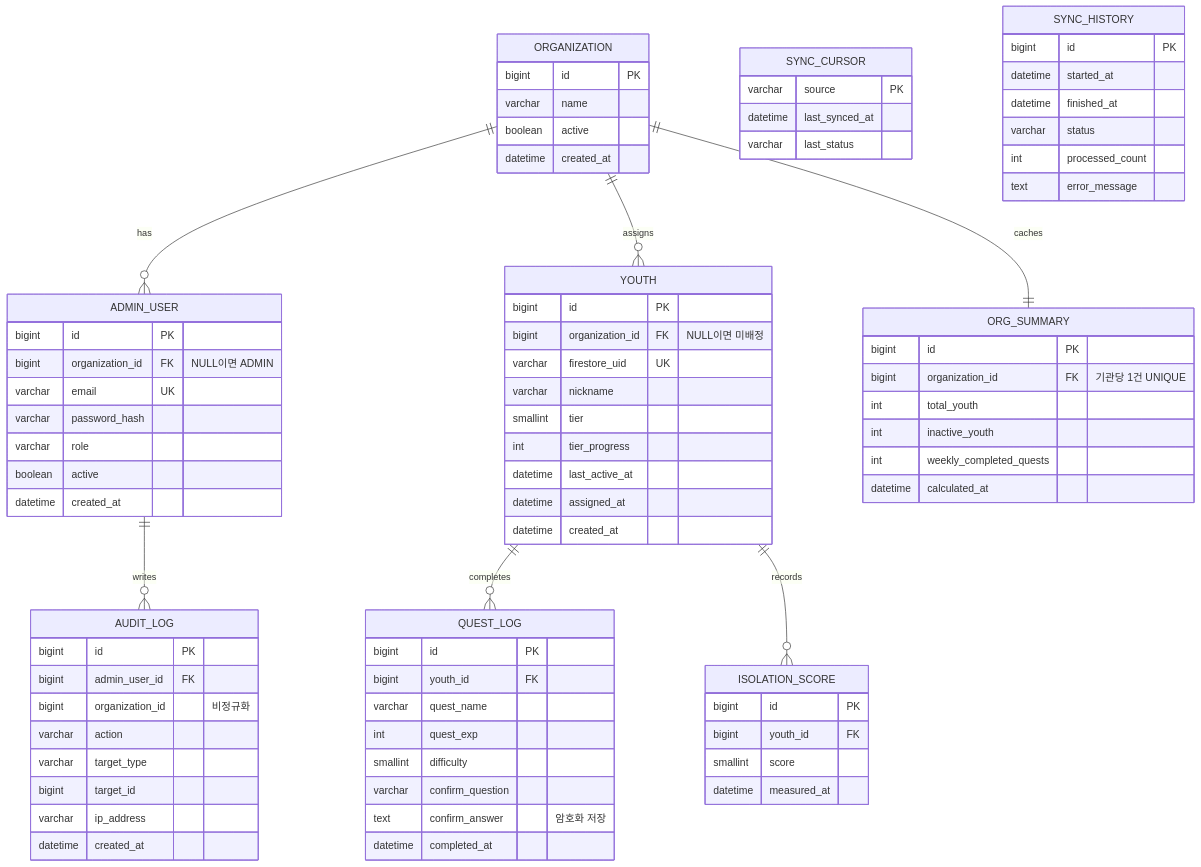
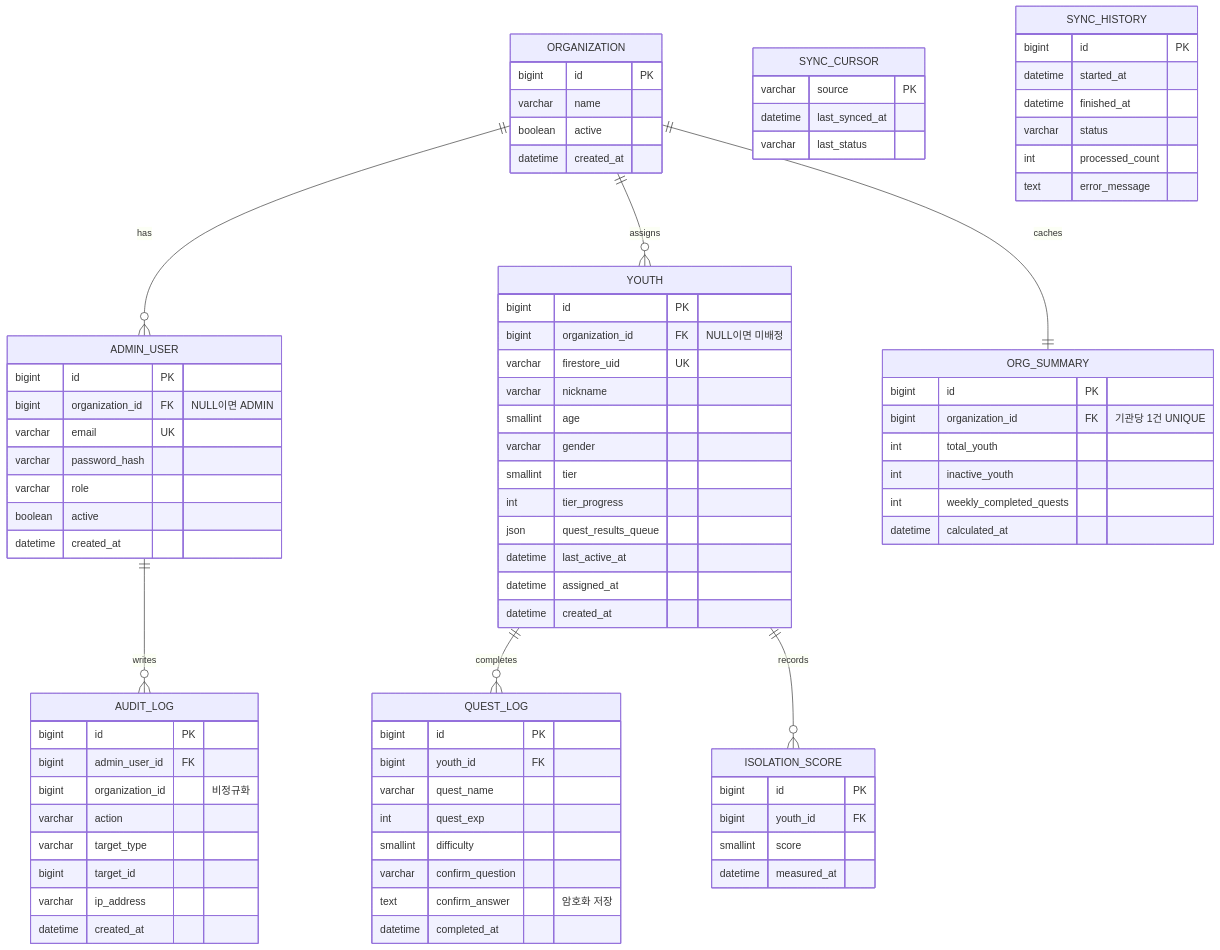
The third of 3 diagrams in docs/domain.md (jeehwanhee/one-step-admin), drawn with Mermaid before and after one commit. The commit also changed other lines of this file, not shown here.

```diff
--- a/docs/domain.md
+++ b/docs/domain.md
@@ -163,8 +171,11 @@
         bigint organization_id FK "NULL이면 미배정"
         varchar firestore_uid UK
         varchar nickname
+        smallint age
+        varchar gender
         smallint tier
         int tier_progress
+        json quest_results_queue
         datetime last_active_at
         datetime assigned_at
         datetime created_at
```
